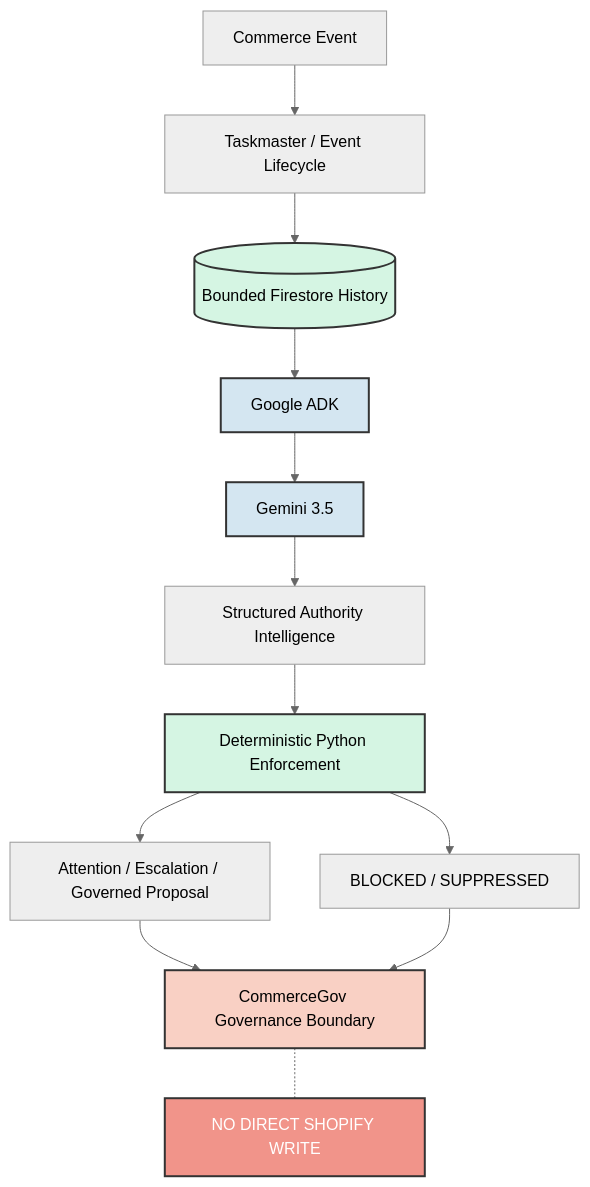
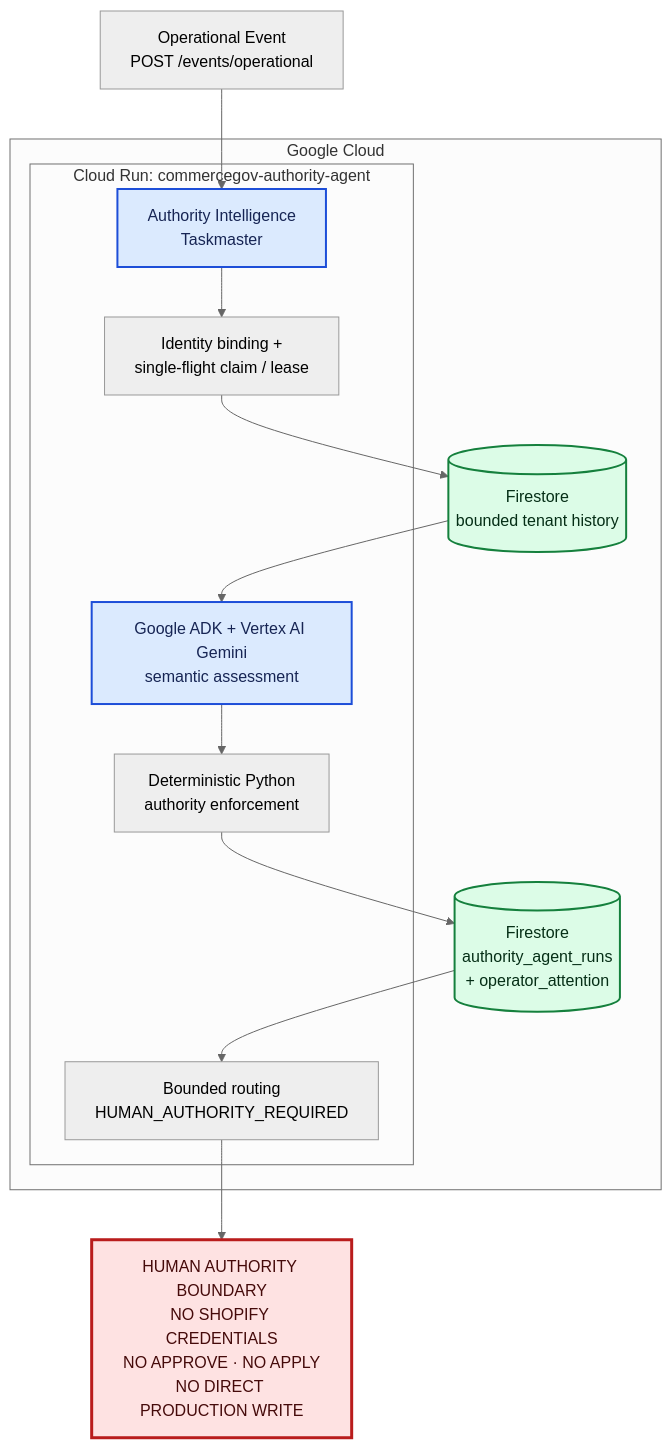
The first of 2 diagrams in docs/architecture.md (vermanthegreat/commercegov-authority-agent-google), drawn with Mermaid (neutral theme) before and after one commit. The commit also changed other lines of this file and 1 other file, not shown here.

Commit message:
docs: finalize Google Taskmaster submission

````diff
--- a/docs/architecture.md
+++ b/docs/architecture.md
@@ -33,26 +7,28 @@
 ```mermaid
 flowchart TD
-    E[Commerce Event] --> T[Taskmaster / Event Lifecycle]
-    T --> H[(Bounded Firestore History)]
-    H --> ADK[Google ADK]
-    ADK --> G[Gemini 3.5]
-    G --> SAI[Structured Authority Intelligence]
-    SAI --> PE[Deterministic Python Enforcement]
-    
-    PE --> N[Attention / Escalation / Governed Proposal]
-    PE --> B[BLOCKED / SUPPRESSED]
-    
-    N --> CB[CommerceGov Governance Boundary]
-    B --> CB
-    
-    CB -.- NO_AUTH[NO DIRECT SHOPIFY WRITE]
-    
-    classDef boundary fill:#f9d0c4,stroke:#333,stroke-width:2px;
-    class CB boundary;
-    classDef ai fill:#d4e6f1,stroke:#333,stroke-width:2px;
-    class ADK,G ai;
-    classDef enforced fill:#d5f5e3,stroke:#333,stroke-width:2px;
-    class PE,H enforced;
-    classDef red fill:#f1948a,stroke:#333,stroke-width:2px,color:#fff;
-    class NO_AUTH red;
+    E["Operational Event<br/>POST /events/operational"]
+
+    subgraph GCP["Google Cloud"]
+        subgraph CR["Cloud Run: commercegov-authority-agent"]
+            T["Authority Intelligence<br/>Taskmaster"]
+            B["Identity binding +<br/>single-flight claim / lease"]
+            ADK["Google ADK + Vertex AI Gemini<br/>semantic assessment"]
+            P["Deterministic Python<br/>authority enforcement"]
+            R["Bounded routing<br/>HUMAN_AUTHORITY_REQUIRED"]
+        end
+
+        H[("Firestore<br/>bounded tenant history")]
+        F[("Firestore<br/>authority_agent_runs<br/>+ operator_attention")]
+    end
+
+    HUMAN["HUMAN AUTHORITY BOUNDARY<br/>NO SHOPIFY CREDENTIALS<br/>NO APPROVE · NO APPLY<br/>NO DIRECT PRODUCTION WRITE"]
+
+    E --> T --> B --> H --> ADK --> P --> F --> R --> HUMAN
+
+    classDef ai fill:#dbeafe,stroke:#1d4ed8,stroke-width:2px,color:#172554;
+    classDef state fill:#dcfce7,stroke:#15803d,stroke-width:2px,color:#052e16;
+    classDef boundary fill:#fee2e2,stroke:#b91c1c,stroke-width:3px,color:#450a0a;
+    class T,ADK ai;
+    class H,F state;
+    class HUMAN boundary;
 ```
````
